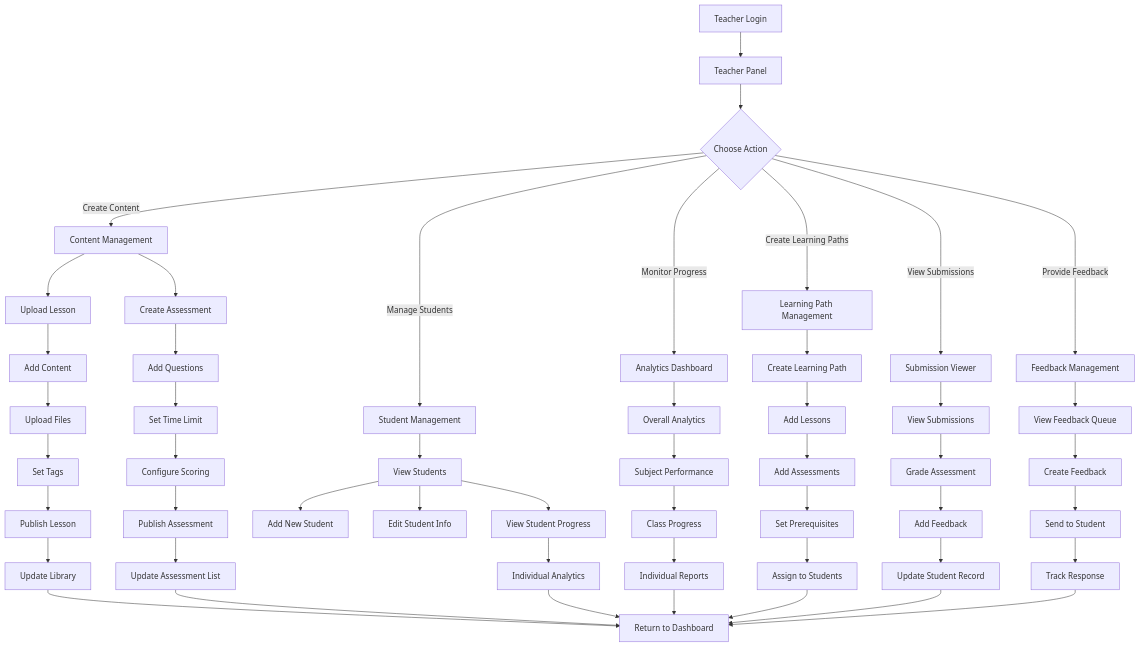
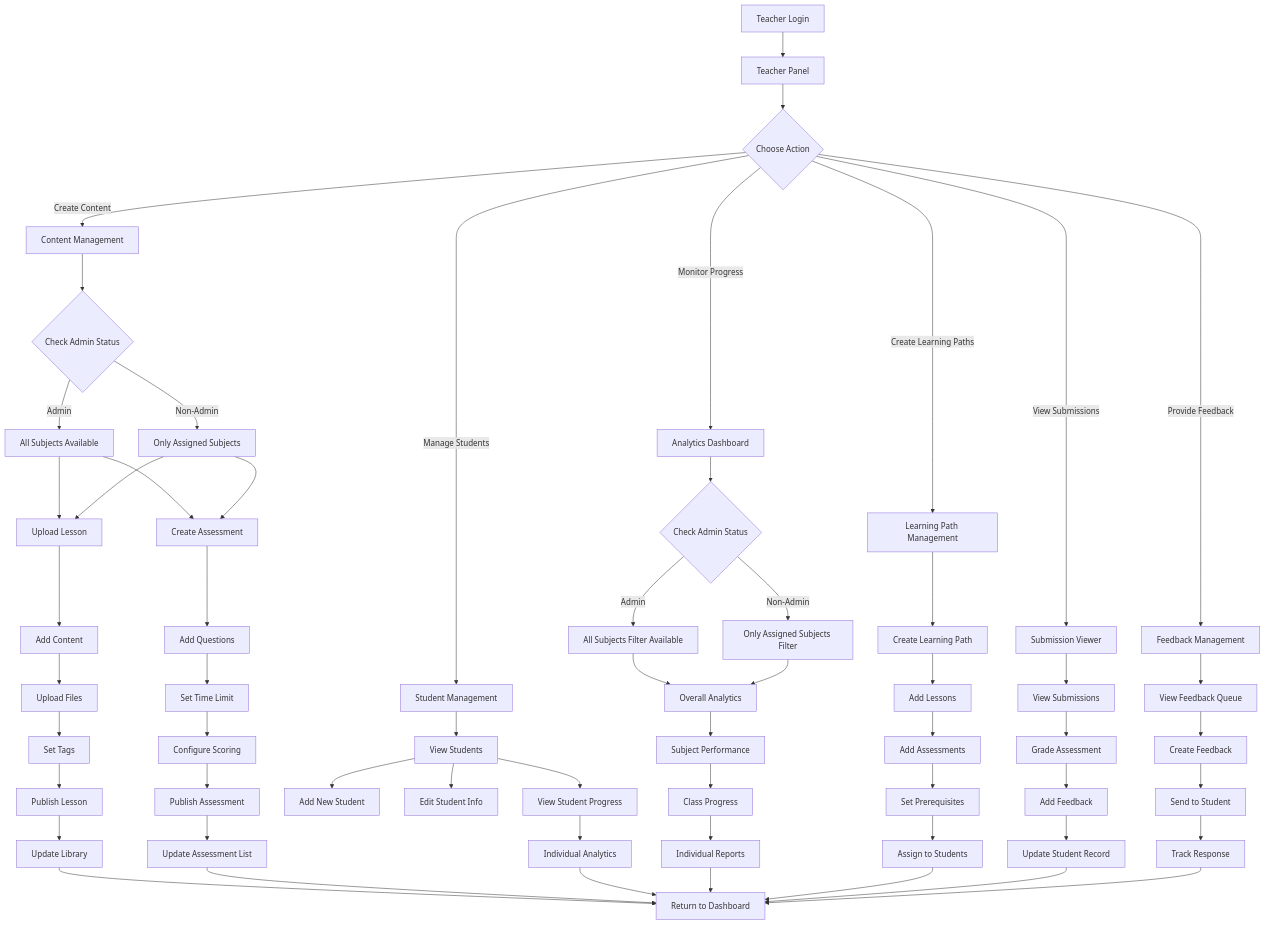
Before and after one commit to NullVoidKage/hopes: diagram 16 of 18 in architecture_diagram.md, drawn with Mermaid. The commit also changed other lines of this file and 5 other files, not shown here.

````diff
--- a/architecture_diagram.md
+++ b/architecture_diagram.md
@@ -889,61 +894,70 @@
 ```mermaid
 flowchart TD
     A[Teacher Login] --> B[Teacher Panel]
     B --> C{Choose Action}
     
     C -->|Create Content| D[Content Management]
     C -->|Manage Students| E[Student Management]
     C -->|Monitor Progress| F[Analytics Dashboard]
     C -->|Create Learning Paths| G[Learning Path Management]
     C -->|View Submissions| H[Submission Viewer]
     C -->|Provide Feedback| I[Feedback Management]
     
-    D --> J[Upload Lesson]
-    D --> K[Create Assessment]
+    D --> D1{Check Admin Status}
+    D1 -->|Admin| D2[All Subjects Available]
+    D1 -->|Non-Admin| D3[Only Assigned Subjects]
+    D2 --> J[Upload Lesson]
+    D3 --> J
+    D2 --> K[Create Assessment]
+    D3 --> K
     J --> L[Add Content]
     L --> M[Upload Files]
     M --> N[Set Tags]
     N --> O[Publish Lesson]
     O --> P[Update Library]
     
     K --> Q[Add Questions]
     Q --> R[Set Time Limit]
     R --> S[Configure Scoring]
     S --> T[Publish Assessment]
     T --> U[Update Assessment List]
     
     E --> V[View Students]
     V --> W[Add New Student]
     V --> X[Edit Student Info]
     V --> Y[View Student Progress]
     Y --> Z[Individual Analytics]
     
-    F --> AA[Overall Analytics]
+    F --> F1{Check Admin Status}
+    F1 -->|Admin| F2[All Subjects Filter Available]
+    F1 -->|Non-Admin| F3[Only Assigned Subjects Filter]
+    F2 --> AA[Overall Analytics]
+    F3 --> AA
     AA --> BB[Subject Performance]
     BB --> CC[Class Progress]
     CC --> DD[Individual Reports]
     
     G --> EE[Create Learning Path]
     EE --> FF[Add Lessons]
     FF --> GG[Add Assessments]
     GG --> HH[Set Prerequisites]
     HH --> II[Assign to Students]
     
     H --> JJ[View Submissions]
     JJ --> KK[Grade Assessment]
     KK --> LL[Add Feedback]
     LL --> MM[Update Student Record]
     
     I --> NN[View Feedback Queue]
     NN --> OO[Create Feedback]
     OO --> PP[Send to Student]
     PP --> QQ[Track Response]
     
     P --> RR[Return to Dashboard]
     U --> RR
     Z --> RR
     DD --> RR
     II --> RR
     MM --> RR
     QQ --> RR
 ```
````
